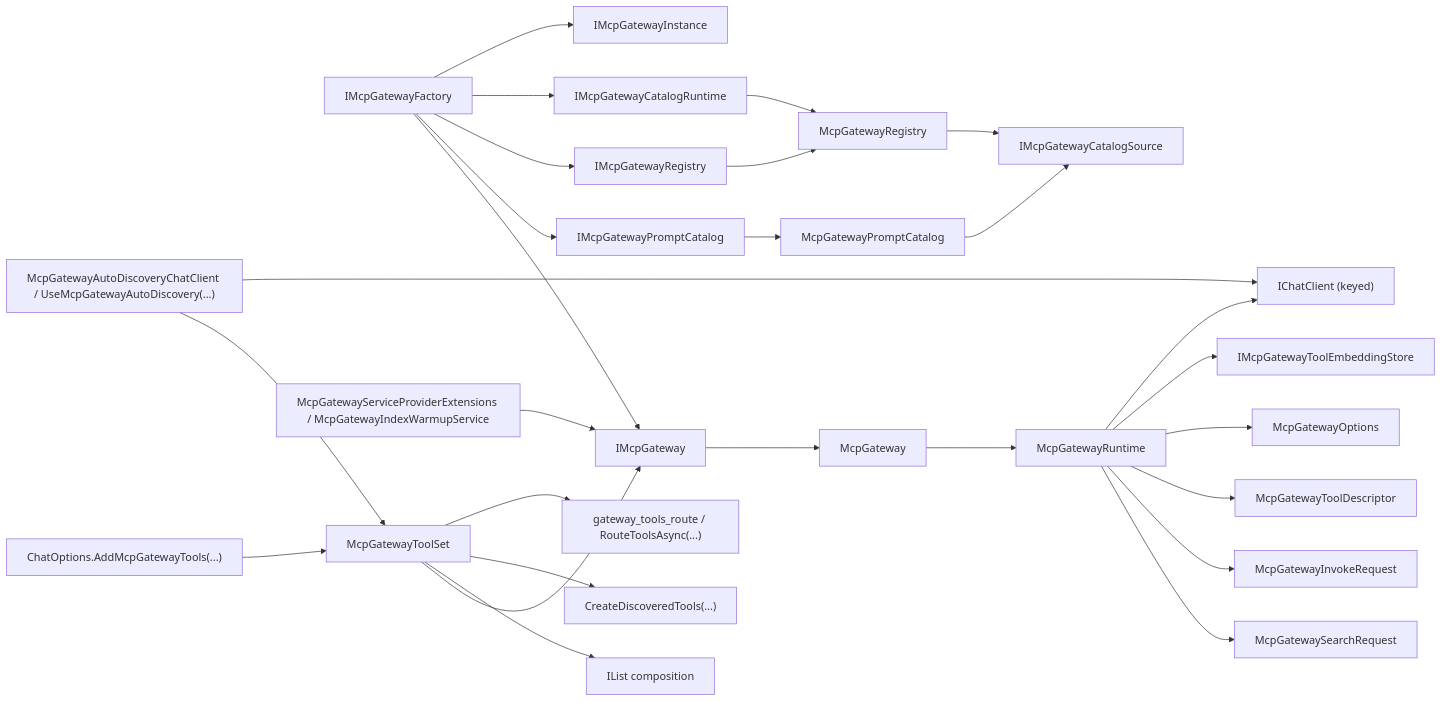
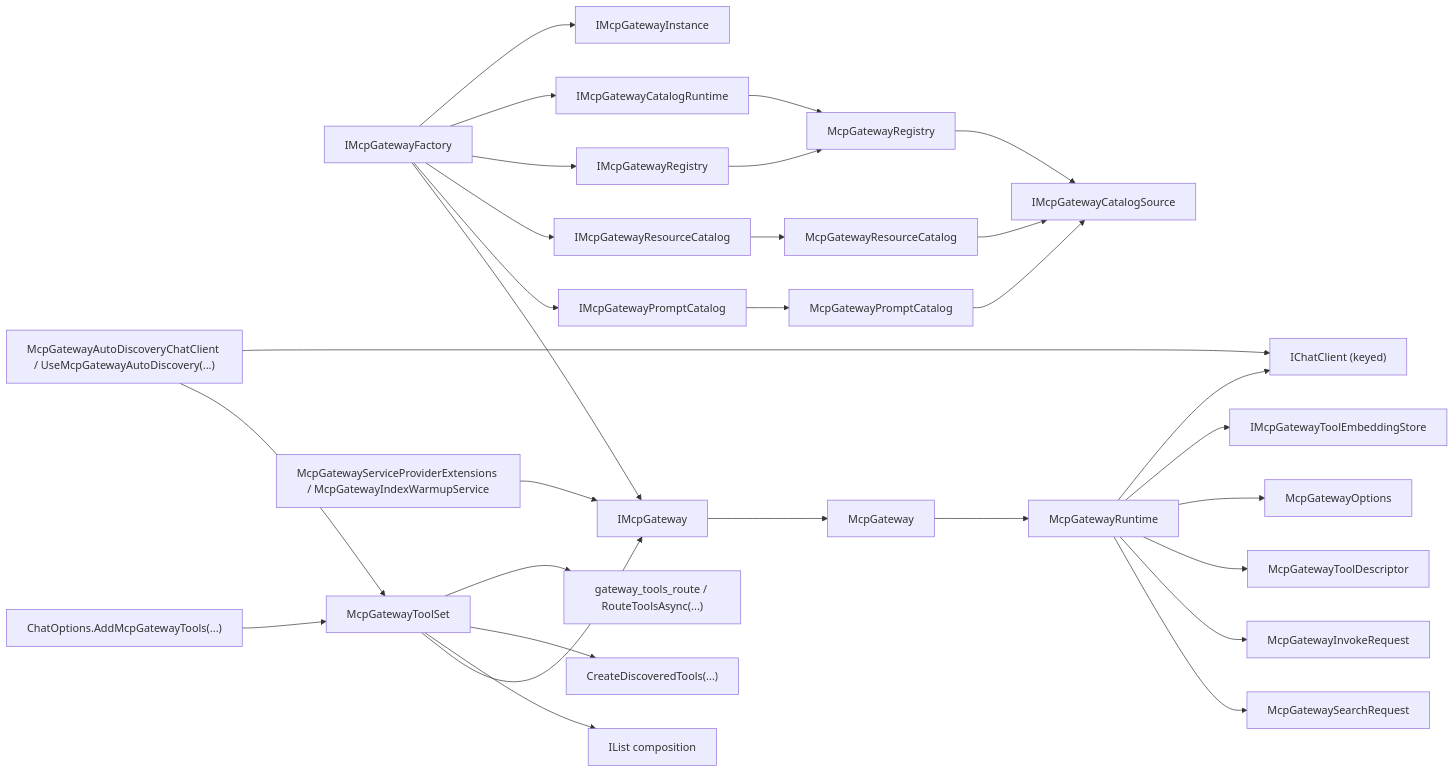
Before and after one commit to managedcode/MCPGateway: the third of 4 diagrams in docs/Architecture/Overview.md, drawn with Mermaid. The commit also changed other lines of this file and 67 other files, not shown here.

````diff
--- a/docs/Architecture/Overview.md
+++ b/docs/Architecture/Overview.md
@@ -90,29 +93,32 @@
 ```mermaid
 flowchart LR
     IMcpGateway["IMcpGateway"] --> McpGateway["McpGateway"]
     IMcpGatewayRegistry["IMcpGatewayRegistry"] --> Registry["McpGatewayRegistry"]
     CatalogRuntime["IMcpGatewayCatalogRuntime"] --> Registry["McpGatewayRegistry"]
     PromptCatalog["IMcpGatewayPromptCatalog"] --> PromptCatalogImpl["McpGatewayPromptCatalog"]
+    ResourceCatalog["IMcpGatewayResourceCatalog"] --> ResourceCatalogImpl["McpGatewayResourceCatalog"]
     Factory["IMcpGatewayFactory"] --> IMcpGateway
     Factory --> PromptCatalog
+    Factory --> ResourceCatalog
     Factory --> IMcpGatewayRegistry
     Factory --> CatalogRuntime
     Factory --> Instance["IMcpGatewayInstance"]
     ToolSet["McpGatewayToolSet"] --> IMcpGateway
     ToolSet --> ToolList["IList<AITool> composition"]
     ToolSet --> DiscoveredTools["CreateDiscoveredTools(...)"]
     ToolSet --> Route["gateway_tools_route / RouteToolsAsync(...)"]
     ChatOptions["ChatOptions.AddMcpGatewayTools(...)"] --> ToolSet
     AutoDiscovery["McpGatewayAutoDiscoveryChatClient / UseMcpGatewayAutoDiscovery(...)"] --> ToolSet
     AutoDiscovery --> ChatClient
     Warmup["McpGatewayServiceProviderExtensions / McpGatewayIndexWarmupService"] --> IMcpGateway
     McpGateway --> Runtime["McpGatewayRuntime"]
     Runtime --> SearchRequest["McpGatewaySearchRequest"]
     Runtime --> InvokeRequest["McpGatewayInvokeRequest"]
     Runtime --> Descriptor["McpGatewayToolDescriptor"]
     Runtime --> Options["McpGatewayOptions"]
     Runtime --> EmbeddingStore["IMcpGatewayToolEmbeddingStore"]
     Runtime --> ChatClient["IChatClient (keyed)"]
     Registry --> CatalogSource["IMcpGatewayCatalogSource"]
     PromptCatalogImpl --> CatalogSource
+    ResourceCatalogImpl --> CatalogSource
 ```
````
